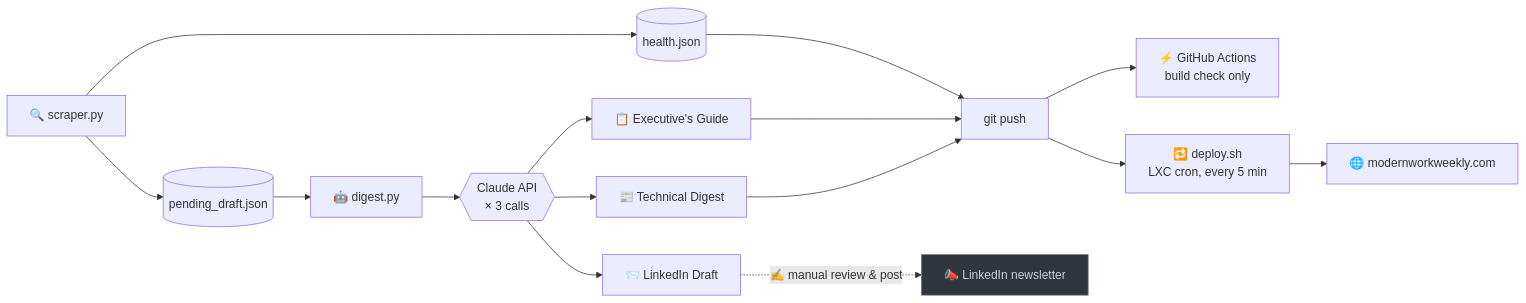
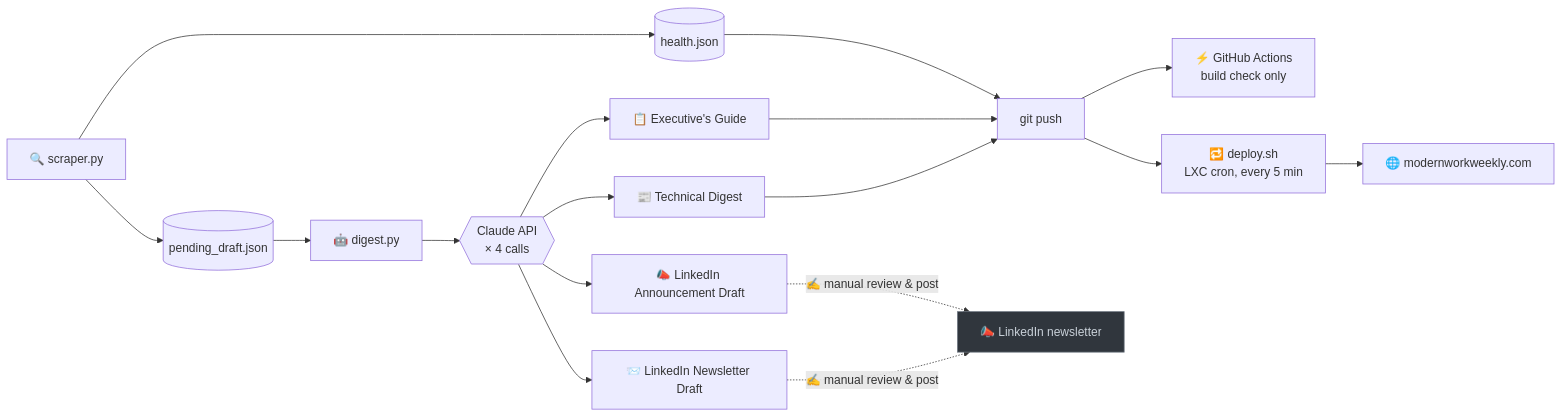
The diagram in README.md (TwitchSTL/modern-work-weekly), drawn with Mermaid before and after one commit. The commit also changed other lines of this file and 9 other files, not shown here.

````diff
--- a/README.md
+++ b/README.md
@@ -38,21 +48,23 @@
 ```mermaid
 flowchart LR
     A["🔍 scraper.py"] --> B[("pending_draft.json")]
     A --> C[("health.json")]
     B --> D["🤖 digest.py"]
-    D --> E{{"Claude API\n× 3 calls"}}
+    D --> E{{"Claude API\n× 4 calls"}}
     E --> F["📰 Technical Digest"]
     E --> G["📋 Executive's Guide"]
-    E --> L["📨 LinkedIn Draft"]
+    E --> L["📨 LinkedIn Newsletter Draft"]
+    E --> N["📣 LinkedIn Announcement Draft"]
     F --> H["git push"]
     G --> H
     C --> H
     H --> I["⚡ GitHub Actions\nbuild check only"]
     H --> K["🔁 deploy.sh\nLXC cron, every 5 min"]
 
     K --> J["🌐 modernworkweekly.com"]
     L -.->|"✍️ manual review & post"| M["📣 LinkedIn newsletter"]
+    N -.->|"✍️ manual review & post"| M
 
     classDef labelbox fill:#30363d,stroke:#6e7681,color:#c9d1d9;
     class M labelbox
 ```
````
